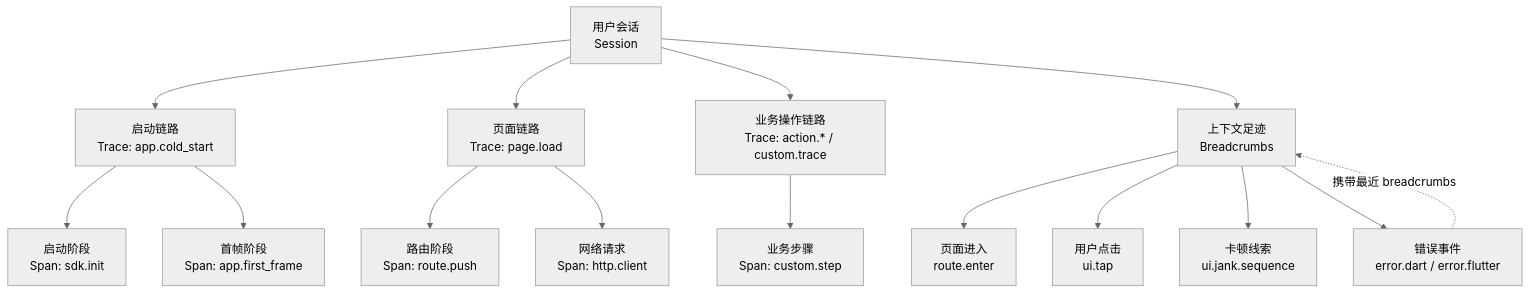
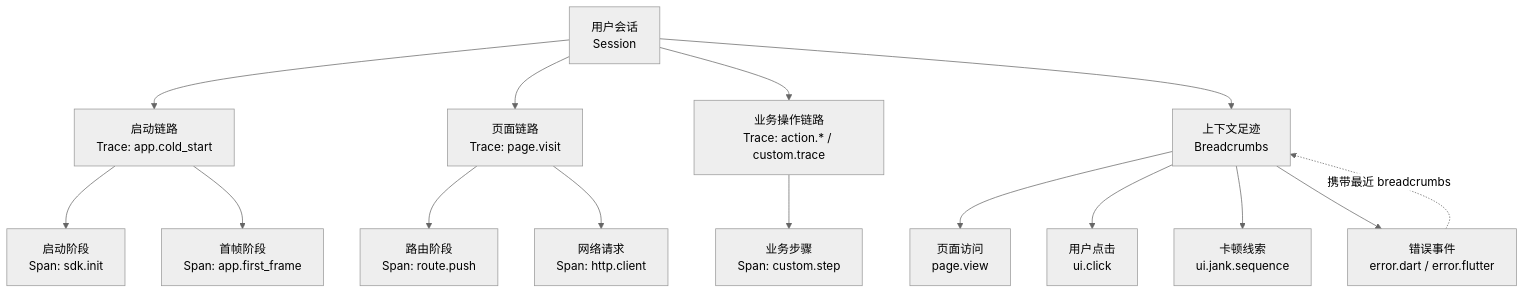
Before and after one commit to xinqingaa/flutter_monitor: the second of 2 diagrams in docs/event_model.md, drawn with Mermaid (neutral theme). The commit also changed other lines of this file and 6 other files, not shown here.

````diff
--- a/docs/event_model.md
+++ b/docs/event_model.md
@@ -327,32 +333,32 @@
 ```mermaid
 flowchart TD
   Session["用户会话<br/>Session"]
   StartTrace["启动链路<br/>Trace: app.cold_start"]
-  PageTrace["页面链路<br/>Trace: page.load"]
+  PageTrace["页面链路<br/>Trace: page.visit"]
   ActionTrace["业务操作链路<br/>Trace: action.* / custom.trace"]
   InitSpan["启动阶段<br/>Span: sdk.init"]
   FirstFrame["首帧阶段<br/>Span: app.first_frame"]
   RouteSpan["路由阶段<br/>Span: route.push"]
   HttpSpan["网络请求<br/>Span: http.client"]
   CustomSpan["业务步骤<br/>Span: custom.step"]
   Breadcrumbs["上下文足迹<br/>Breadcrumbs"]
-  RouteBc["页面进入<br/>route.enter"]
-  TapBc["用户点击<br/>ui.tap"]
+  PageViewBc["页面访问<br/>page.view"]
+  ClickBc["用户点击<br/>ui.click"]
   JankBc["卡顿线索<br/>ui.jank.sequence"]
   ErrorEvent["错误事件<br/>error.dart / error.flutter"]
 
   Session --> StartTrace
   Session --> PageTrace
   Session --> ActionTrace
   StartTrace --> InitSpan
   StartTrace --> FirstFrame
   PageTrace --> RouteSpan
   PageTrace --> HttpSpan
   ActionTrace --> CustomSpan
   Session --> Breadcrumbs
-  Breadcrumbs --> RouteBc
-  Breadcrumbs --> TapBc
+  Breadcrumbs --> PageViewBc
+  Breadcrumbs --> ClickBc
   Breadcrumbs --> JankBc
   Breadcrumbs --> ErrorEvent
   ErrorEvent -.->|"携带最近 breadcrumbs"| Breadcrumbs
 ```
````
